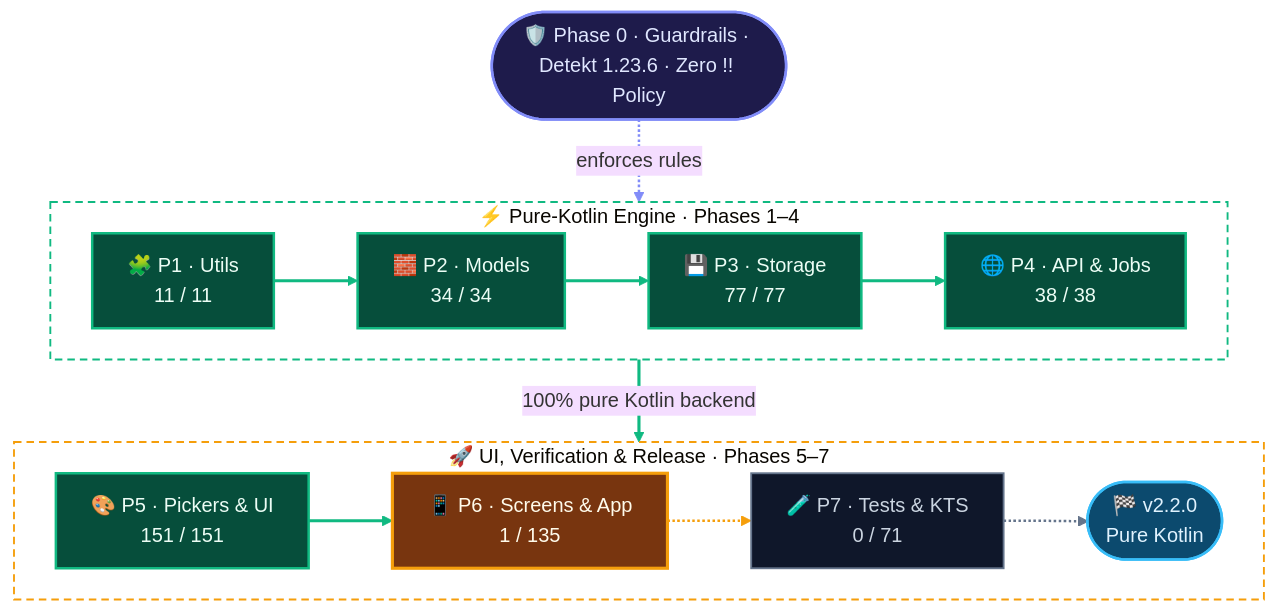
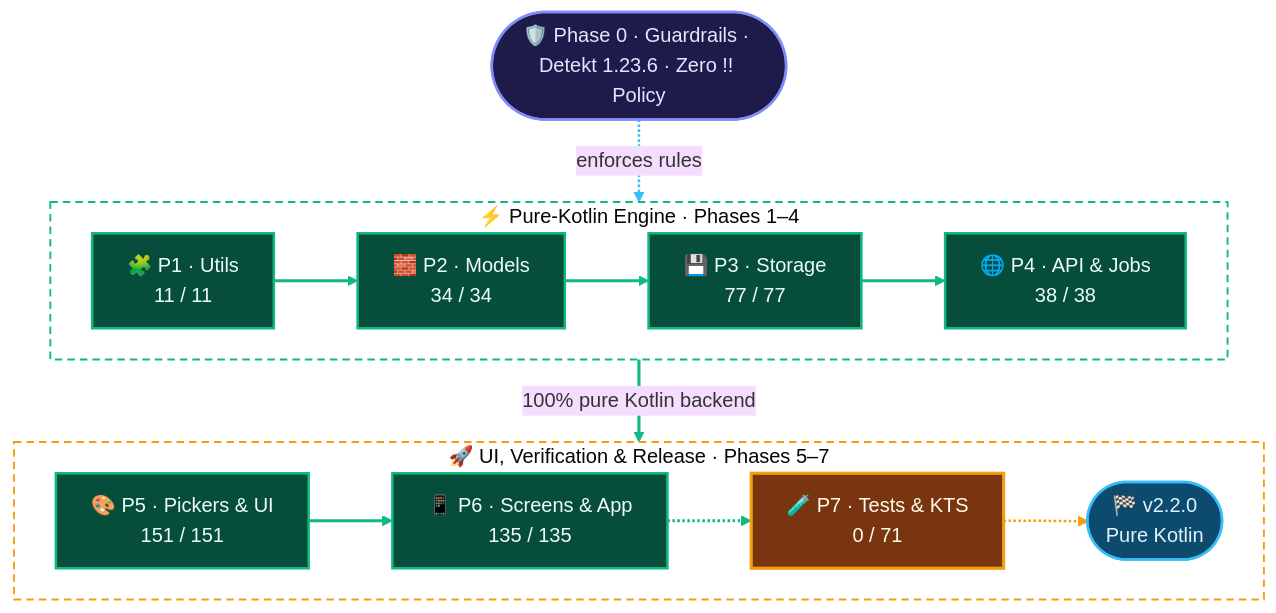
The first of 2 diagrams in KOTLIN_MIGRATION.mdx (solomonrajan/cashledger), drawn with Mermaid (base theme) before and after one commit. The commit also changed other lines of this file and 272 other files, not shown here.

First line of the commit message:
[Kotlin Migration] Phase 6: Top-Level Screens, Activities, Fragments & Application Core (#12)

````diff
--- a/KOTLIN_MIGRATION.mdx
+++ b/KOTLIN_MIGRATION.mdx
@@ -60,32 +61,32 @@
 ```mermaid
 %%{init: {"flowchart": {"curve": "basis", "nodeSpacing": 30, "rankSpacing": 42, "padding": 14}}}%%
 flowchart TB
     classDef gate fill:#1E1B4B,stroke:#818CF8,stroke-width:2px,color:#E0E7FF
     classDef complete fill:#064E3B,stroke:#10B981,stroke-width:2px,color:#ECFDF5
     classDef inprog fill:#78350F,stroke:#F59E0B,stroke-width:2.5px,color:#FFFBEB
     classDef pending fill:#0F172A,stroke:#64748B,stroke-width:1.5px,color:#CBD5E1
     classDef release fill:#0C4A6E,stroke:#38BDF8,stroke-width:2px,color:#E0F2FE
 
     P0(["🛡️ Phase 0 · Guardrails · Detekt 1.23.6 · Zero !! Policy"]):::gate
 
     subgraph CORE["⚡ Pure-Kotlin Engine · Phases 1–4"]
         direction LR
         P1["🧩 P1 · Utils<br/>11 / 11"]:::complete ==> P2["🧱 P2 · Models<br/>34 / 34"]:::complete ==> P3["💾 P3 · Storage<br/>77 / 77"]:::complete ==> P4["🌐 P4 · API & Jobs<br/>38 / 38"]:::complete
     end
 
     subgraph APP["🚀 UI, Verification & Release · Phases 5–7"]
         direction LR
-        P5["🎨 P5 · Pickers & UI<br/>151 / 151"]:::complete --> P6["📱 P6 · Screens & App<br/>1 / 135"]:::inprog -.-> P7["🧪 P7 · Tests & KTS<br/>0 / 71"]:::pending -.-> TARGET(["🏁 v2.2.0<br/>Pure Kotlin"]):::release
+        P5["🎨 P5 · Pickers & UI<br/>151 / 151"]:::complete ==> P6["📱 P6 · Screens & App<br/>135 / 135"]:::complete -.-> P7["🧪 P7 · Tests & KTS<br/>0 / 71"]:::inprog -.-> TARGET(["🏁 v2.2.0<br/>Pure Kotlin"]):::release
     end
 
     P0 -. enforces rules .-> CORE
     CORE ==>|100% pure Kotlin backend| APP
 
     style CORE fill:none,stroke:#10B981,stroke-width:1.5px,stroke-dasharray:6 4
     style APP fill:none,stroke:#F59E0B,stroke-width:1.5px,stroke-dasharray:6 4
 
     linkStyle 0,1,2,3,7 stroke:#10B981,stroke-width:2.5px
-    linkStyle 4 stroke:#F59E0B,stroke-width:2px
-    linkStyle 5 stroke:#64748B,stroke-width:2px
-    linkStyle 6 stroke:#818CF8,stroke-width:2px
+    linkStyle 4 stroke:#10B981,stroke-width:2.5px
+    linkStyle 5 stroke:#F59E0B,stroke-width:2px
+    linkStyle 6 stroke:#38BDF8,stroke-width:2px
 ```
````
